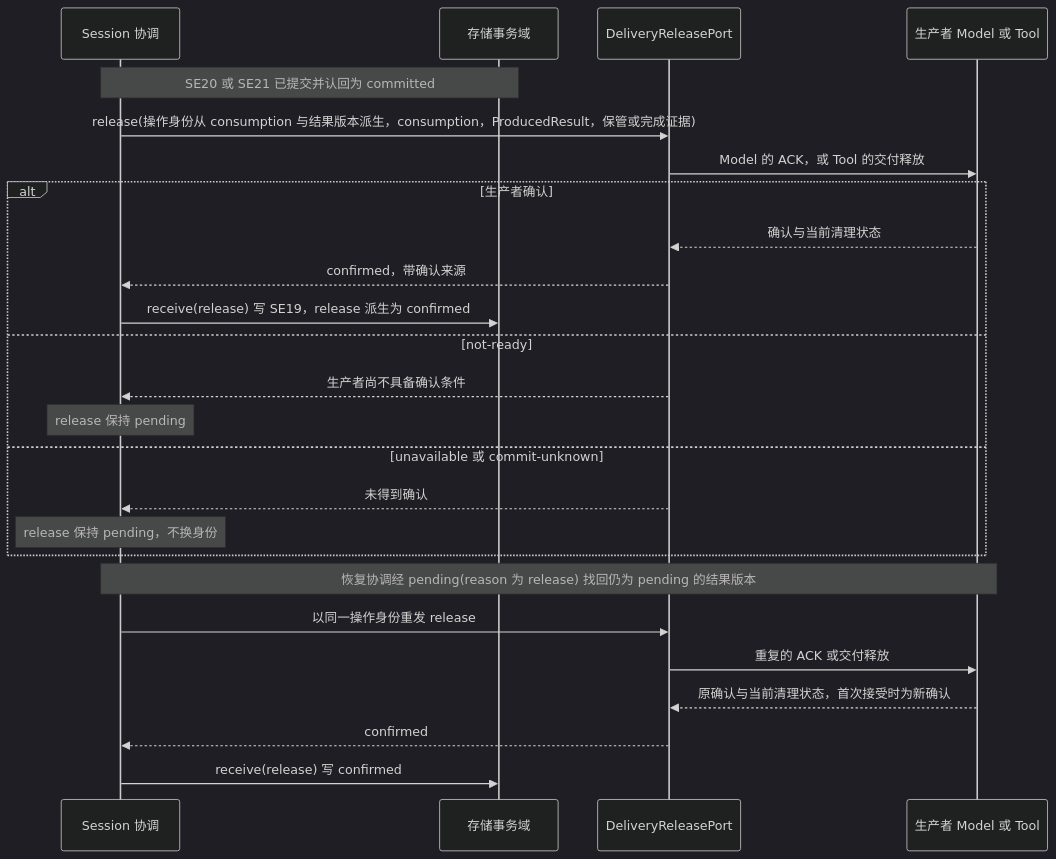
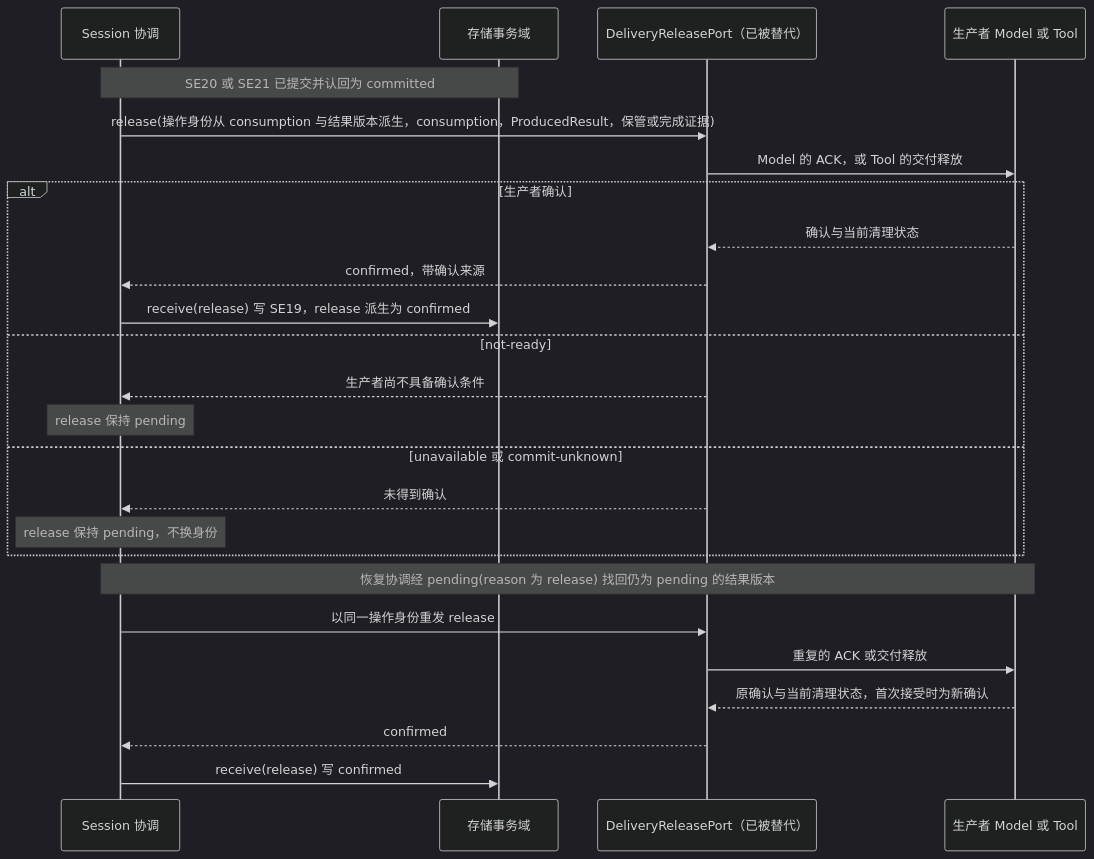
One commit to nemori-ai/omne-harness-lite changed the sixth of 17 diagrams in packages/session/session-contract/docs/flows/scenarios.md. Above: the diagram before and after it, drawn with Mermaid (dark theme). The commit also changed other lines of this file and 22 other files, not shown here.

````diff
--- a/packages/session/session-contract/docs/flows/scenarios.md
+++ b/packages/session/session-contract/docs/flows/scenarios.md
@@ -266,27 +266,27 @@
 ```mermaid
 sequenceDiagram
     participant S as Session 协调
     participant D as 存储事务域
-    participant R as DeliveryReleasePort
+    participant R as DeliveryReleasePort（已被替代）
     participant P as 生产者 Model 或 Tool
     Note over S,D: SE20 或 SE21 已提交并认回为 committed
     S->>R: release(操作身份从 consumption 与结果版本派生，consumption，ProducedResult，保管或完成证据)
     R->>P: Model 的 ACK，或 Tool 的交付释放
     alt 生产者确认
         P-->>R: 确认与当前清理状态
         R-->>S: confirmed，带确认来源
         S->>D: receive(release) 写 SE19，release 派生为 confirmed
     else not-ready
         R-->>S: 生产者尚不具备确认条件
         Note over S: release 保持 pending
     else unavailable 或 commit-unknown
         R-->>S: 未得到确认
         Note over S: release 保持 pending，不换身份
     end
     Note over S,P: 恢复协调经 pending(reason 为 release) 找回仍为 pending 的结果版本
     S->>R: 以同一操作身份重发 release
     R->>P: 重复的 ACK 或交付释放
     P-->>R: 原确认与当前清理状态，首次接受时为新确认
     R-->>S: confirmed
     S->>D: receive(release) 写 confirmed
 ```
````
